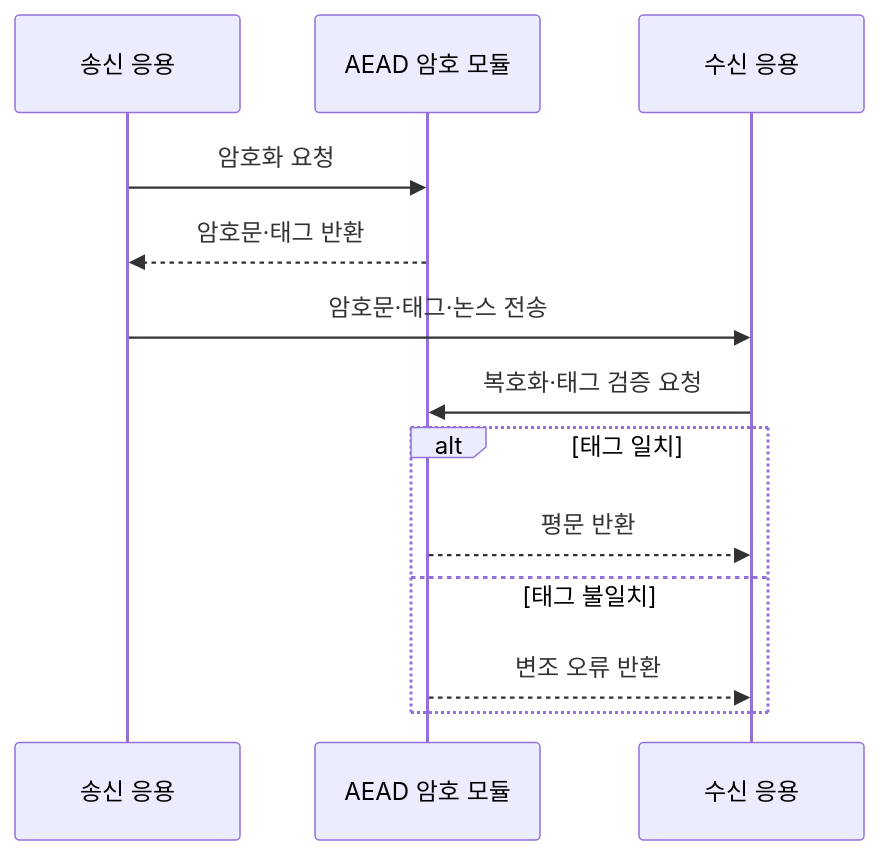
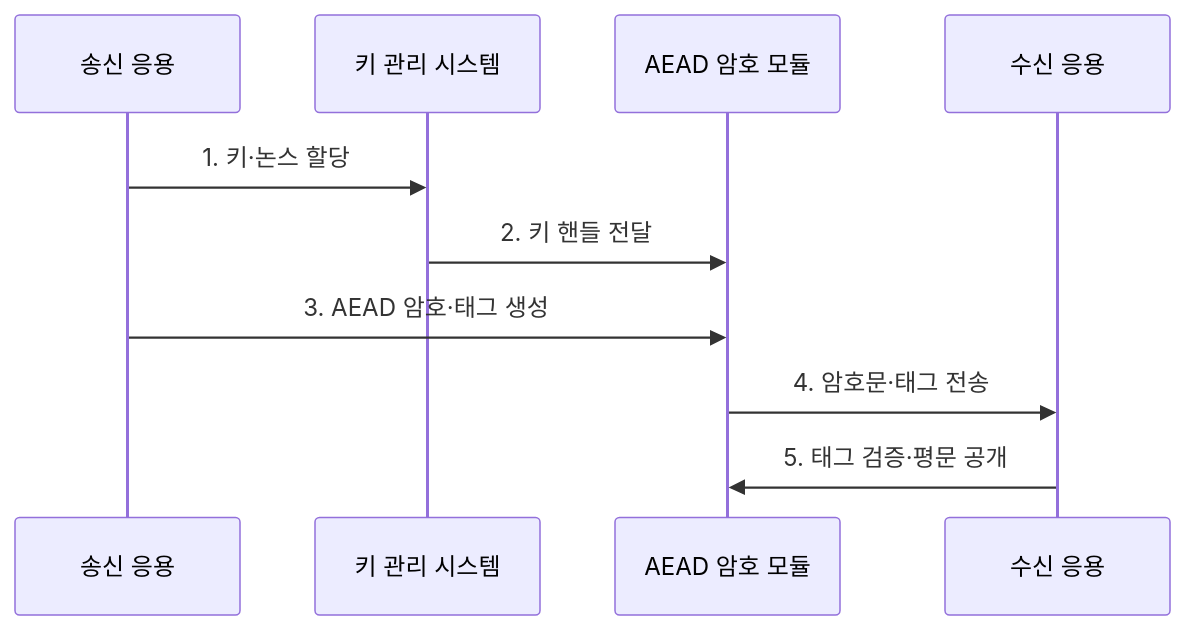
One commit to agnusdei1207/knowledge-base changed the second of 2 diagrams in src/content/docs/notes/05-security/001_symmetric_encryption.md. Above: the diagram before and after it, drawn with Mermaid. The commit also changed other lines of this file and 22 other files, not shown here.

````diff
--- a/src/content/docs/notes/05-security/001_symmetric_encryption.md
+++ b/src/content/docs/notes/05-security/001_symmetric_encryption.md
@@ -91,15 +87,12 @@
 ```mermaid
 sequenceDiagram
     participant S as 송신 응용
+    participant K as 키 관리 시스템
     participant C as AEAD 암호 모듈
     participant R as 수신 응용
-    S->>C: 암호화 요청
-    C-->>S: 암호문·태그 반환
-    S->>R: 암호문·태그·논스 전송
-    R->>C: 복호화·태그 검증 요청
-    alt 태그 일치
-        C-->>R: 평문 반환
-    else 태그 불일치
-        C-->>R: 변조 오류 반환
-    end
+    S->>K: 1. 키·논스 할당
+    K->>C: 2. 키 핸들 전달
+    S->>C: 3. AEAD 암호·태그 생성
+    C->>R: 4. 암호문·태그 전송
+    R->>C: 5. 태그 검증·평문 공개
 ```
````
